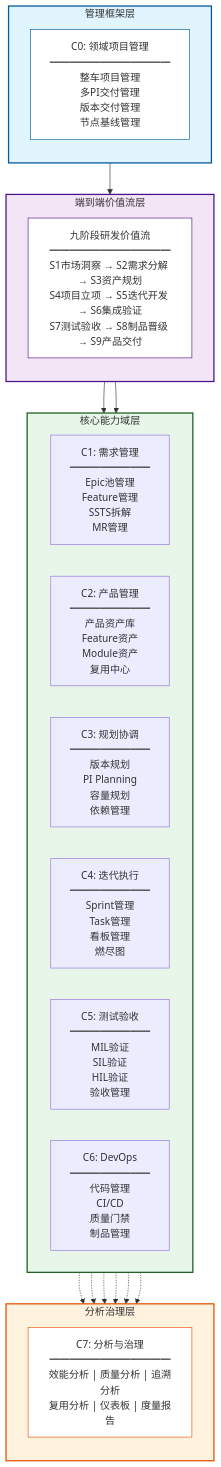
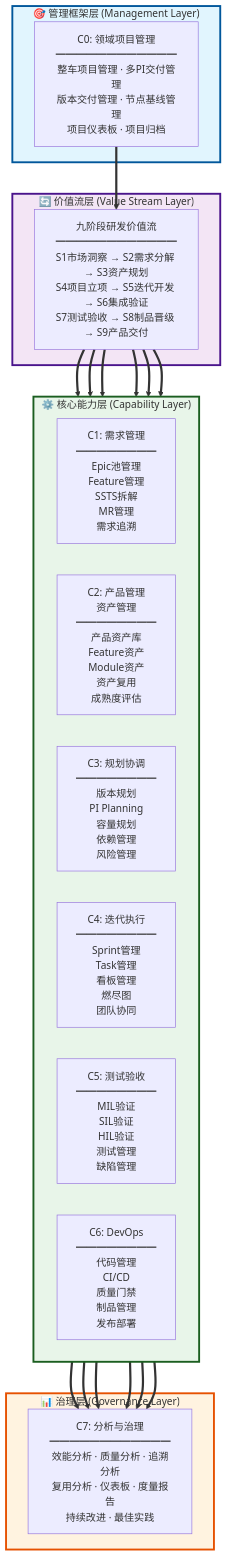
One commit to zjx-immersion/auto-rd-platform-prototype changed the seventh of 30 diagrams in platform-design/AUTO_RD_PLATFORM_DESIGN_MERMAID.md. Above: the diagram before and after it, drawn with Mermaid. The commit also changed other lines of this file, not shown here.

````diff
--- a/platform-design/AUTO_RD_PLATFORM_DESIGN_MERMAID.md
+++ b/platform-design/AUTO_RD_PLATFORM_DESIGN_MERMAID.md
@@ -264,53 +301,33 @@
 ```mermaid
 graph TB
-    %% --- 样式定义 ---
-    classDef base fill:#fff,stroke:#333,stroke-width:1px;
-
-    %% --- 1. 管理框架层 ---
-    subgraph Management ["管理框架层"]
-        direction TB
-        C0["C0: 领域项目管理<br/>━━━━━━━━━━━━<br/>整车项目管理<br/>多PI交付管理<br/>版本交付管理<br/>节点基线管理"]
+    subgraph 管理框架层["🎯 管理框架层 (Management Layer)"]
+        C0[C0: 领域项目管理<br/>━━━━━━━━━━━━<br/>整车项目管理 · 多PI交付管理<br/>版本交付管理 · 节点基线管理<br/>项目仪表板 · 项目归档]
     end
 
-    %% --- 2. 端到端价值流层 ---
-    subgraph ValueStream ["端到端价值流层"]
-        direction TB
-        VS["九阶段研发价值流<br/>━━━━━━━━━━━━<br/>S1市场洞察 → S2需求分解 → S3资产规划<br/>S4项目立项 → S5迭代开发 → S6集成验证<br/>S7测试验收 → S8制品晋级 → S9产品交付"]
+    subgraph 价值流层["🔄 价值流层 (Value Stream Layer)"]
+        VS[九阶段研发价值流<br/>━━━━━━━━━━━━<br/>S1市场洞察 → S2需求分解 → S3资产规划<br/>S4项目立项 → S5迭代开发 → S6集成验证<br/>S7测试验收 → S8制品晋级 → S9产品交付]
     end
 
-    %% --- 3. 核心能力域层 (建议横向排列) ---
-    subgraph Capabilities ["核心能力域层"]
+    subgraph 核心能力层["⚙️ 核心能力层 (Capability Layer)"]
         direction LR
-        C1["C1: 需求管理<br/>━━━━━━━━<br/>Epic池管理<br/>Feature管理<br/>SSTS拆解<br/>MR管理"]
-        C2["C2: 产品管理<br/>━━━━━━━━<br/>产品资产库<br/>Feature资产<br/>Module资产<br/>复用中心"]
-        C3["C3: 规划协调<br/>━━━━━━━━<br/>版本规划<br/>PI Planning<br/>容量规划<br/>依赖管理"]
-        C4["C4: 迭代执行<br/>━━━━━━━━<br/>Sprint管理<br/>Task管理<br/>看板管理<br/>燃尽图"]
-        C5["C5: 测试验收<br/>━━━━━━━━<br/>MIL验证<br/>SIL验证<br/>HIL验证<br/>验收管理"]
-        C6["C6: DevOps<br/>━━━━━━━━<br/>代码管理<br/>CI/CD<br/>质量门禁<br/>制品管理"]
+        C1[C1: 需求管理<br/>━━━━━━━━<br/>Epic池管理<br/>Feature管理<br/>SSTS拆解<br/>MR管理<br/>需求追溯]
+        C2["C2: 产品管理<br/>资产管理<br/>━━━━━━━━<br/>产品资产库<br/>Feature资产<br/>Module资产<br/>资产复用<br/>成熟度评估"]
+        C3[C3: 规划协调<br/>━━━━━━━━<br/>版本规划<br/>PI Planning<br/>容量规划<br/>依赖管理<br/>风险管理]
+        C4[C4: 迭代执行<br/>━━━━━━━━<br/>Sprint管理<br/>Task管理<br/>看板管理<br/>燃尽图<br/>团队协同]
+        C5[C5: 测试验收<br/>━━━━━━━━<br/>MIL验证<br/>SIL验证<br/>HIL验证<br/>测试管理<br/>缺陷管理]
+        C6[C6: DevOps<br/>━━━━━━━━<br/>代码管理<br/>CI/CD<br/>质量门禁<br/>制品管理<br/>发布部署]
     end
 
-    %% --- 4. 分析治理层 ---
-    subgraph Governance ["分析治理层"]
-        direction TB
-        C7["C7: 分析与治理<br/>━━━━━━━━━━━━<br/>效能分析 | 质量分析 | 追溯分析<br/>复用分析 | 仪表板 | 度量报告"]
+    subgraph 治理层["📊 治理层 (Governance Layer)"]
+        C7[C7: 分析与治理<br/>━━━━━━━━━━━━<br/>效能分析 · 质量分析 · 追溯分析<br/>复用分析 · 仪表板 · 度量报告<br/>持续改进 · 最佳实践]
     end
 
-    %% --- 连接关系 (必须是节点对节点) ---
-    C0 --> VS
-    %% 将价值流连接到中间的能力节点，保持美观
-    VS --> C3
-    VS --> C4
-    %% 将所有能力节点汇聚到治理层
-    C1 & C2 & C3 & C4 & C5 & C6 -.-> C7
+    C0 ==> VS
+    VS ==> C1 & C2 & C3 & C4 & C5 & C6
+    C1 & C2 & C3 & C4 & C5 & C6 ==> C7
 
-    %% --- 样式应用 ---
-    style Management fill:#e1f5fe,stroke:#01579b,stroke-width:2px
-    style ValueStream fill:#f3e5f5,stroke:#4a148c,stroke-width:2px
-    style Capabilities fill:#e8f5e9,stroke:#1b5e20,stroke-width:2px
-    style Governance fill:#fff3e0,stroke:#e65100,stroke-width:2px
-    
-    %% 节点样式
-    style C0 fill:#fff,stroke:#01579b
-    style VS fill:#fff,stroke:#4a148c
-    style C7 fill:#fff,stroke:#e65100
+    style 管理框架层 fill:#e1f5fe,stroke:#01579b,stroke-width:3px
+    style 价值流层 fill:#f3e5f5,stroke:#4a148c,stroke-width:3px
+    style 核心能力层 fill:#e8f5e9,stroke:#1b5e20,stroke-width:3px
+    style 治理层 fill:#fff3e0,stroke:#e65100,stroke-width:3px
 ```
````
